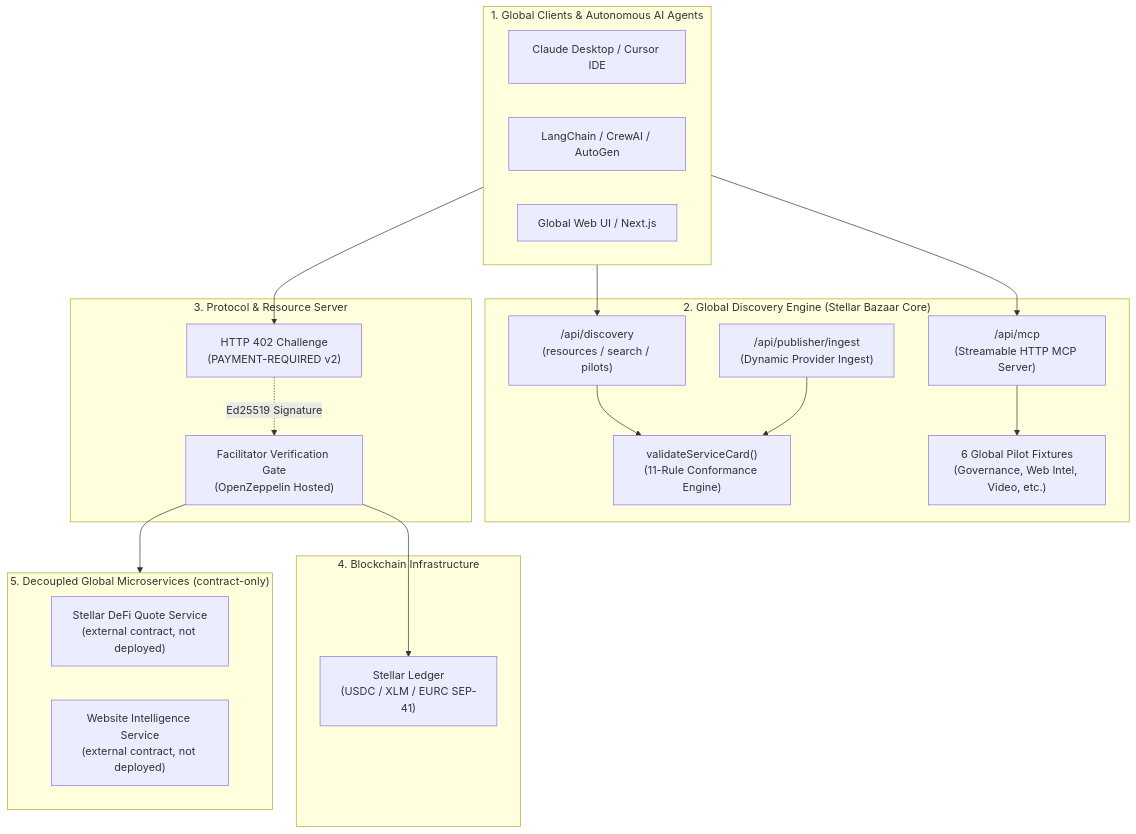
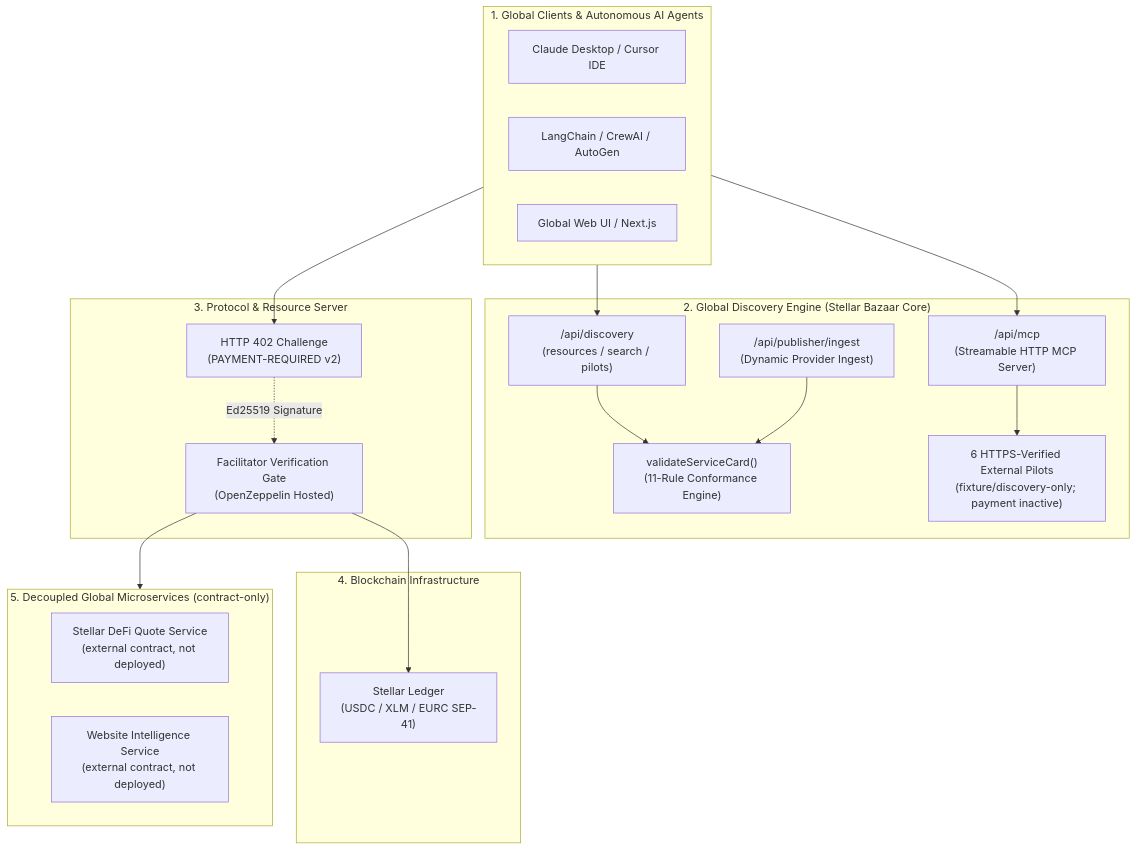
Before and after one commit to CaBsCrypto/stellar-bazaar-x402: the first of 2 diagrams in README.md, drawn with Mermaid. The commit also changed other lines of this file and 13 other files, not shown here.

Commit message:
feat: showcase verified provider pilots

````diff
--- a/README.md
+++ b/README.md
@@ -55,41 +55,41 @@
 ```mermaid
 flowchart TD
     subgraph Clients["1. Global Clients & Autonomous AI Agents"]
         Claude["Claude Desktop / Cursor IDE"]
         LangChain["LangChain / CrewAI / AutoGen"]
         WebUI["Global Web UI / Next.js"]
     end
 
     subgraph Bazaar["2. Global Discovery Engine (Stellar Bazaar Core)"]
         MCPServer["/api/mcp<br/>(Streamable HTTP MCP Server)"]
         RESTDiscovery["/api/discovery<br/>(resources / search / pilots)"]
         Validator["validateServiceCard()<br/>(11-Rule Conformance Engine)"]
         DynamicRegistry["/api/publisher/ingest<br/>(Dynamic Provider Ingest)"]
-        PilotCatalog["6 Global Pilot Fixtures<br/>(Governance, Web Intel, Video, etc.)"]
+        PilotCatalog["6 HTTPS-Verified External Pilots<br/>(fixture/discovery-only; payment inactive)"]
     end
 
     subgraph x402Layer["3. Protocol & Resource Server"]
         Challenge402["HTTP 402 Challenge<br/>(PAYMENT-REQUIRED v2)"]
         FacilitatorGate["Facilitator Verification Gate<br/>(OpenZeppelin Hosted)"]
     end
 
     subgraph Settlement["4. Blockchain Infrastructure"]
         Testnet["Stellar Ledger<br/>(USDC / XLM / EURC SEP-41)"]
     end
 
     subgraph Providers["5. Decoupled Global Microservices (contract-only)"]
         DeFiService["Stellar DeFi Quote Service<br/>(external contract, not deployed)"]
         WebIntelService["Website Intelligence Service<br/>(external contract, not deployed)"]
     end
 
     Clients --> MCPServer
     Clients --> RESTDiscovery
     RESTDiscovery --> Validator
     MCPServer --> PilotCatalog
     DynamicRegistry --> Validator
 
     Clients --> Challenge402
     Challenge402 -. "Ed25519 Signature" .-> FacilitatorGate
     FacilitatorGate --> Testnet
     FacilitatorGate --> Providers
 ```
````
